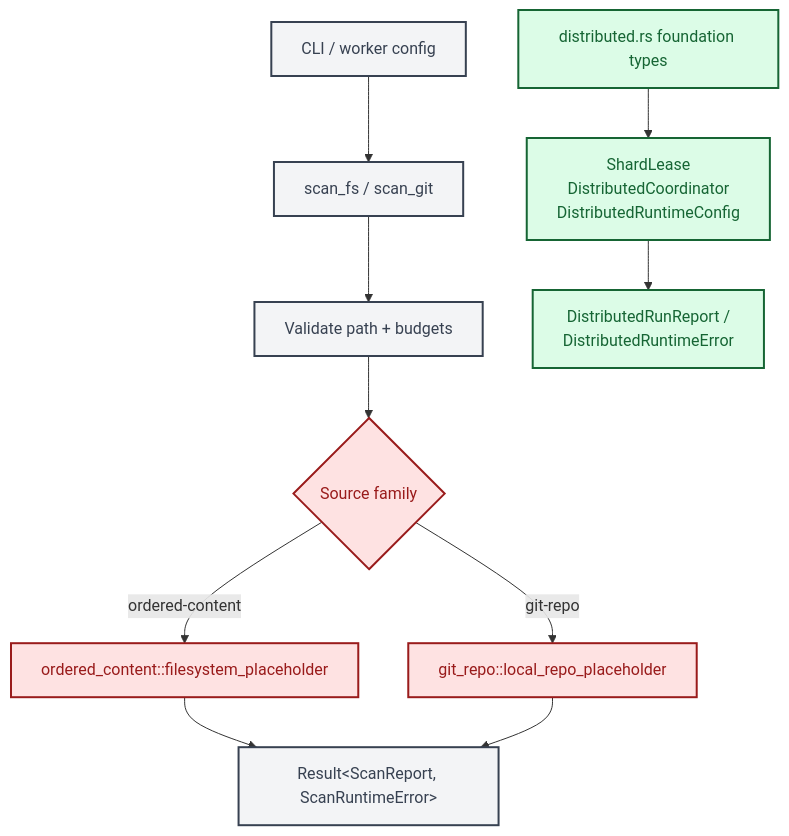
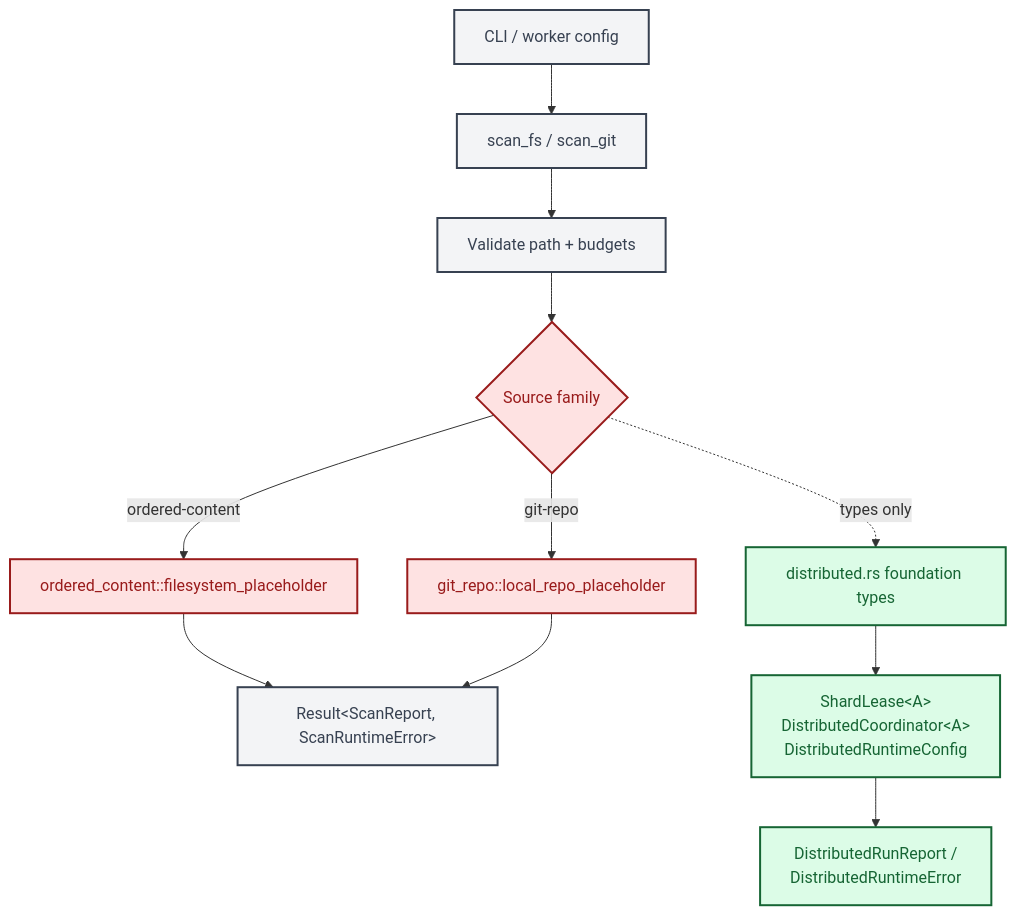
The fourth of 4 diagrams in diagrams/04-end-to-end-scan-flow.md (ahrav/Gossip-rs), drawn with Mermaid before and after one commit. The commit also changed other lines of this file and 3 other files, not shown here.

First line of the commit message:
Strengthen distributed runtime config and type safety

````diff
--- a/diagrams/04-end-to-end-scan-flow.md
+++ b/diagrams/04-end-to-end-scan-flow.md
@@ -200,36 +200,37 @@
 ```mermaid
 %% Diagram: simplified-runtime-flowchart
 graph TD
     A["CLI / worker config"]
     B["scan_fs / scan_git"]
     C["Validate path + budgets"]
     D{"Source family"}
     E["ordered_content::filesystem_placeholder"]
     F["git_repo::local_repo_placeholder"]
     G["Result&lt;ScanReport, ScanRuntimeError&gt;"]
     H["distributed.rs foundation types"]
-    I["ShardLease<A><br/>DistributedCoordinator<A><br/>DistributedRuntimeConfig"]
+    I["ShardLease&lt;A&gt;<br/>DistributedCoordinator&lt;A&gt;<br/>DistributedRuntimeConfig"]
     J["DistributedRunReport /<br/>DistributedRuntimeError"]
 
     A --> B
     B --> C
     C --> D
     D -- "ordered-content" --> E
     D -- "git-repo" --> F
     E --> G
     F --> G
+    D -. "types only" .-> H
 
     H --> I
     I --> J
 
     style A fill:#F3F4F6,stroke:#374151,stroke-width:2px,color:#374151
     style B fill:#F3F4F6,stroke:#374151,stroke-width:2px,color:#374151
     style C fill:#F3F4F6,stroke:#374151,stroke-width:2px,color:#374151
     style D fill:#FEE2E2,stroke:#991B1B,stroke-width:2px,color:#991B1B
     style E fill:#FEE2E2,stroke:#991B1B,stroke-width:2px,color:#991B1B
     style F fill:#FEE2E2,stroke:#991B1B,stroke-width:2px,color:#991B1B
     style G fill:#F3F4F6,stroke:#374151,stroke-width:2px,color:#374151
     style H fill:#DCFCE7,stroke:#166534,stroke-width:2px,color:#166534
     style I fill:#DCFCE7,stroke:#166534,stroke-width:2px,color:#166534
     style J fill:#DCFCE7,stroke:#166534,stroke-width:2px,color:#166534
 ```
````
